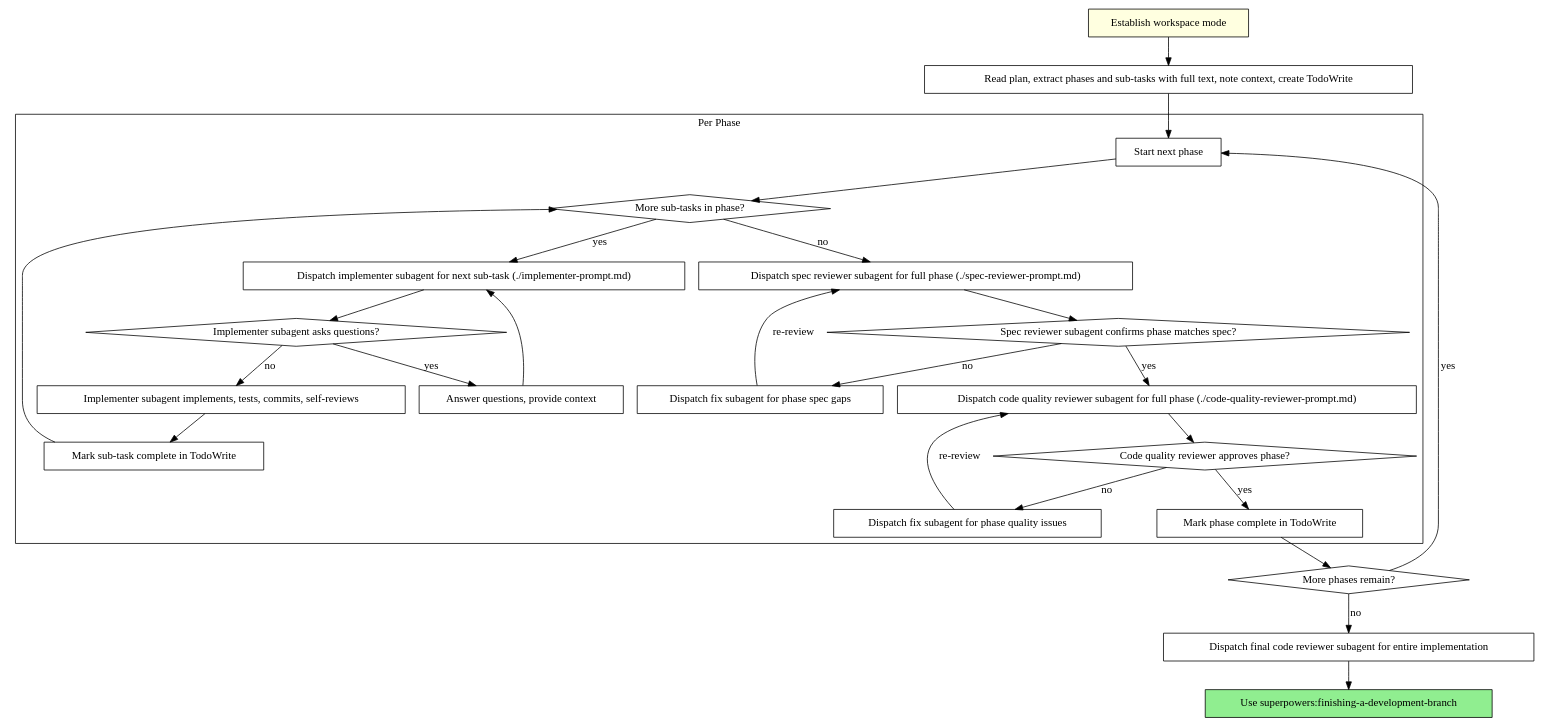
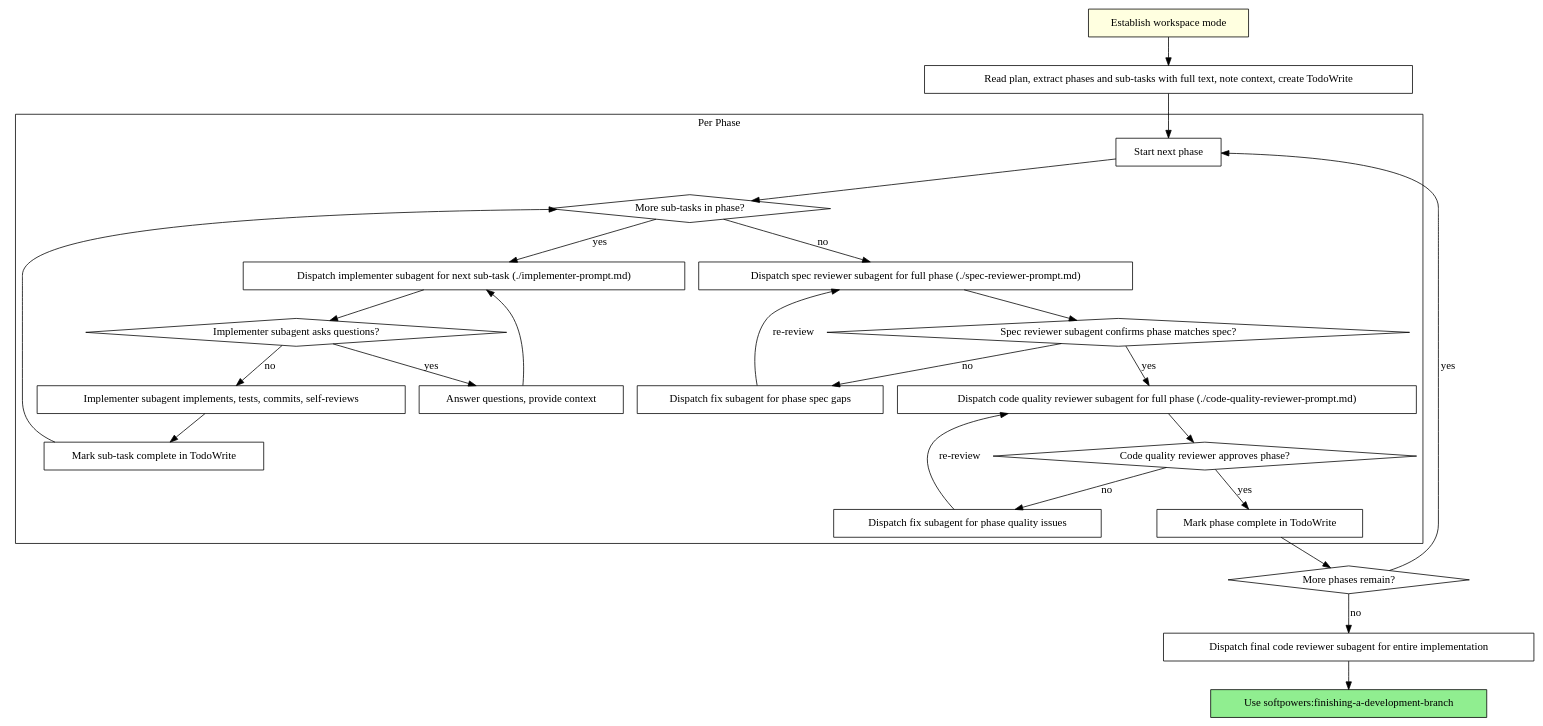
One commit to bnema/softpowers changed the second of 2 diagrams in skills/subagent-driven-development/SKILL.md. Above: the diagram before and after it, drawn with Graphviz. The commit also changed other lines of this file and 98 other files, not shown here.

````diff
--- a/skills/subagent-driven-development/SKILL.md
+++ b/skills/subagent-driven-development/SKILL.md
@@ -43,53 +45,53 @@
 ```dot
 digraph process {
     rankdir=TB;
 
     subgraph cluster_phase {
         label="Per Phase";
         "Start next phase" [shape=box];
         "More sub-tasks in phase?" [shape=diamond];
         "Dispatch implementer subagent for next sub-task (./implementer-prompt.md)" [shape=box];
         "Implementer subagent asks questions?" [shape=diamond];
         "Answer questions, provide context" [shape=box];
         "Implementer subagent implements, tests, commits, self-reviews" [shape=box];
         "Mark sub-task complete in TodoWrite" [shape=box];
         "Dispatch spec reviewer subagent for full phase (./spec-reviewer-prompt.md)" [shape=box];
         "Spec reviewer subagent confirms phase matches spec?" [shape=diamond];
         "Dispatch fix subagent for phase spec gaps" [shape=box];
         "Dispatch code quality reviewer subagent for full phase (./code-quality-reviewer-prompt.md)" [shape=box];
         "Code quality reviewer approves phase?" [shape=diamond];
         "Dispatch fix subagent for phase quality issues" [shape=box];
         "Mark phase complete in TodoWrite" [shape=box];
     }
 
     "Establish workspace mode" [shape=box style=filled fillcolor=lightyellow];
     "Read plan, extract phases and sub-tasks with full text, note context, create TodoWrite" [shape=box];
     "More phases remain?" [shape=diamond];
     "Dispatch final code reviewer subagent for entire implementation" [shape=box];
-    "Use superpowers:finishing-a-development-branch" [shape=box style=filled fillcolor=lightgreen];
+    "Use softpowers:finishing-a-development-branch" [shape=box style=filled fillcolor=lightgreen];
 
     "Establish workspace mode" -> "Read plan, extract phases and sub-tasks with full text, note context, create TodoWrite";
     "Read plan, extract phases and sub-tasks with full text, note context, create TodoWrite" -> "Start next phase";
     "Start next phase" -> "More sub-tasks in phase?";
     "More sub-tasks in phase?" -> "Dispatch implementer subagent for next sub-task (./implementer-prompt.md)" [label="yes"];
     "Dispatch implementer subagent for next sub-task (./implementer-prompt.md)" -> "Implementer subagent asks questions?";
     "Implementer subagent asks questions?" -> "Answer questions, provide context" [label="yes"];
     "Answer questions, provide context" -> "Dispatch implementer subagent for next sub-task (./implementer-prompt.md)";
     "Implementer subagent asks questions?" -> "Implementer subagent implements, tests, commits, self-reviews" [label="no"];
     "Implementer subagent implements, tests, commits, self-reviews" -> "Mark sub-task complete in TodoWrite";
     "Mark sub-task complete in TodoWrite" -> "More sub-tasks in phase?";
     "More sub-tasks in phase?" -> "Dispatch spec reviewer subagent for full phase (./spec-reviewer-prompt.md)" [label="no"];
     "Dispatch spec reviewer subagent for full phase (./spec-reviewer-prompt.md)" -> "Spec reviewer subagent confirms phase matches spec?";
     "Spec reviewer subagent confirms phase matches spec?" -> "Dispatch fix subagent for phase spec gaps" [label="no"];
     "Dispatch fix subagent for phase spec gaps" -> "Dispatch spec reviewer subagent for full phase (./spec-reviewer-prompt.md)" [label="re-review"];
     "Spec reviewer subagent confirms phase matches spec?" -> "Dispatch code quality reviewer subagent for full phase (./code-quality-reviewer-prompt.md)" [label="yes"];
     "Dispatch code quality reviewer subagent for full phase (./code-quality-reviewer-prompt.md)" -> "Code quality reviewer approves phase?";
     "Code quality reviewer approves phase?" -> "Dispatch fix subagent for phase quality issues" [label="no"];
     "Dispatch fix subagent for phase quality issues" -> "Dispatch code quality reviewer subagent for full phase (./code-quality-reviewer-prompt.md)" [label="re-review"];
     "Code quality reviewer approves phase?" -> "Mark phase complete in TodoWrite" [label="yes"];
     "Mark phase complete in TodoWrite" -> "More phases remain?";
     "More phases remain?" -> "Start next phase" [label="yes"];
     "More phases remain?" -> "Dispatch final code reviewer subagent for entire implementation" [label="no"];
-    "Dispatch final code reviewer subagent for entire implementation" -> "Use superpowers:finishing-a-development-branch";
+    "Dispatch final code reviewer subagent for entire implementation" -> "Use softpowers:finishing-a-development-branch";
 }
 ```
````
